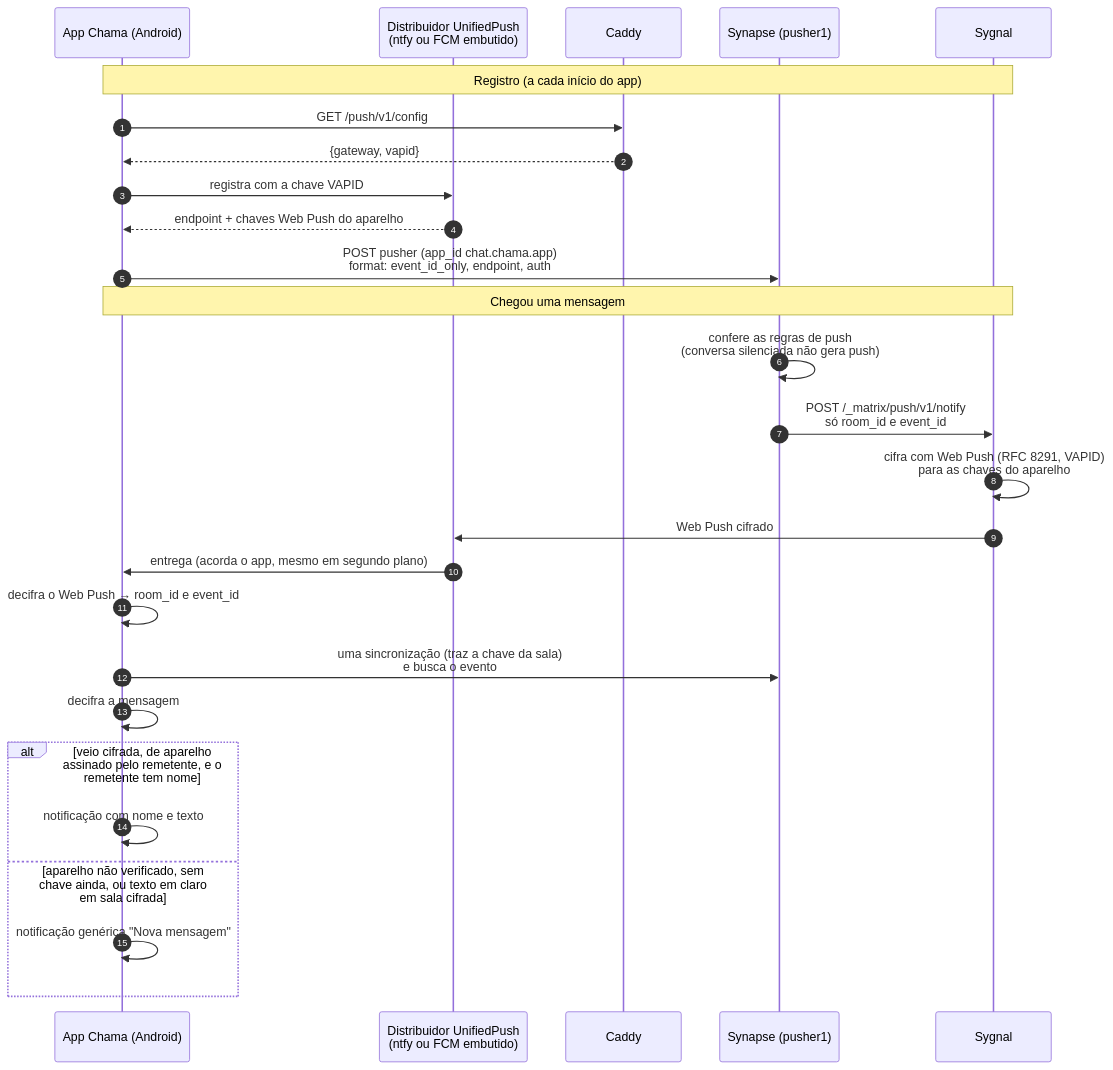
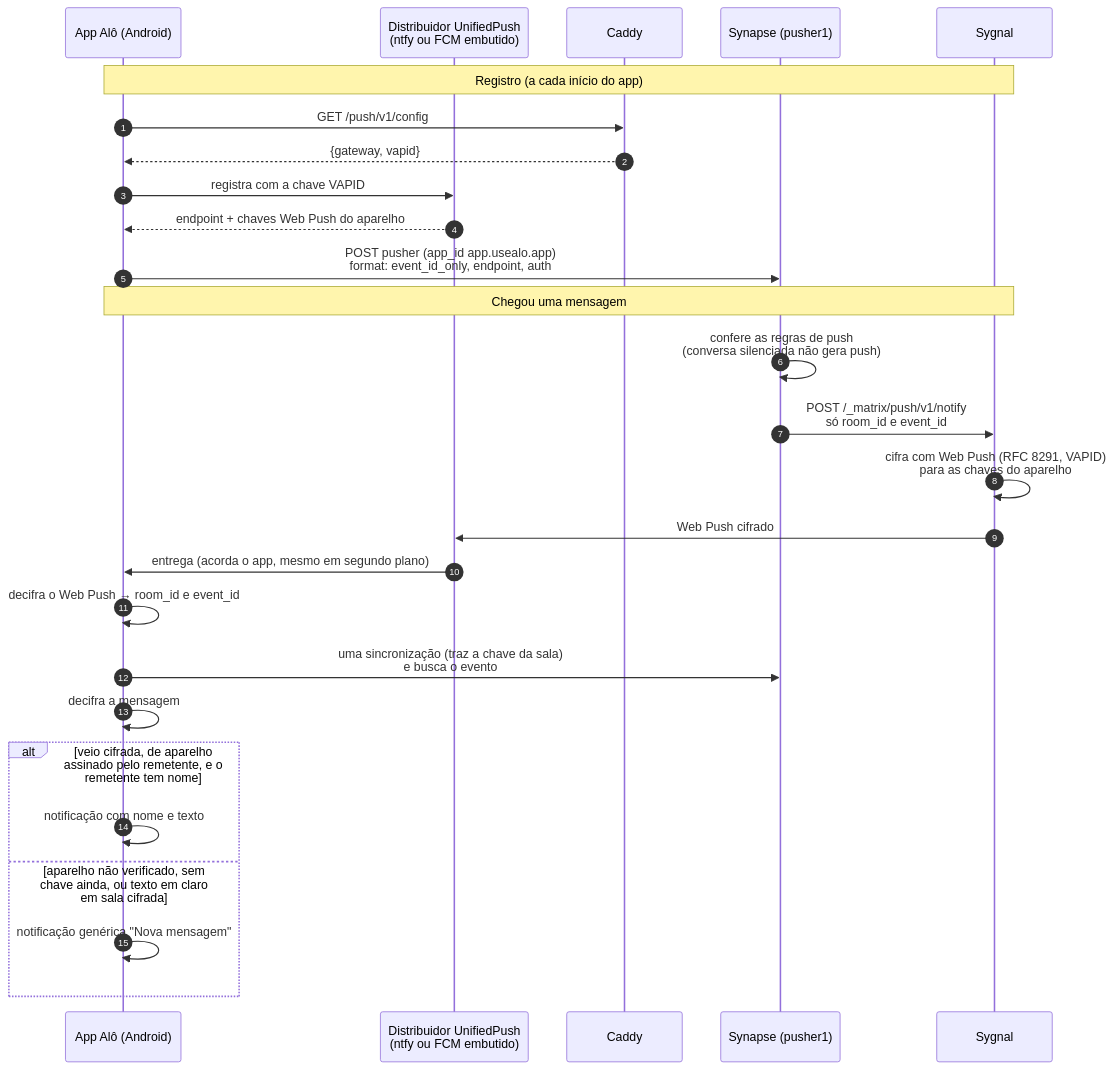
Before and after one commit to kaiomp/alo: the sixth of 8 diagrams in docs/design/2026-10-24-architecture.md, drawn with Mermaid. The commit also changed other lines of this file and 153 other files, not shown here.

````diff
--- a/docs/design/2026-10-24-architecture.md
+++ b/docs/design/2026-10-24-architecture.md
@@ -540,31 +540,31 @@
 ```mermaid
 sequenceDiagram
     autonumber
-    participant App as App Chama (Android)
+    participant App as App Alô (Android)
     participant D as Distribuidor UnifiedPush<br/>(ntfy ou FCM embutido)
     participant Caddy as Caddy
     participant S as Synapse (pusher1)
     participant G as Sygnal
 
     Note over App,G: Registro (a cada início do app)
     App->>Caddy: GET /push/v1/config
     Caddy-->>App: {gateway, vapid}
     App->>D: registra com a chave VAPID
     D-->>App: endpoint + chaves Web Push do aparelho
-    App->>S: POST pusher (app_id chat.chama.app)<br/>format: event_id_only, endpoint, auth
+    App->>S: POST pusher (app_id app.usealo.app)<br/>format: event_id_only, endpoint, auth
 
     Note over App,G: Chegou uma mensagem
     S->>S: confere as regras de push<br/>(conversa silenciada não gera push)
     S->>G: POST /_matrix/push/v1/notify<br/>só room_id e event_id
     G->>G: cifra com Web Push (RFC 8291, VAPID)<br/>para as chaves do aparelho
     G->>D: Web Push cifrado
     D->>App: entrega (acorda o app, mesmo em segundo plano)
     App->>App: decifra o Web Push → room_id e event_id
     App->>S: uma sincronização (traz a chave da sala)<br/>e busca o evento
     App->>App: decifra a mensagem
     alt veio cifrada, de aparelho assinado pelo remetente, e o remetente tem nome
         App->>App: notificação com nome e texto
     else aparelho não verificado, sem chave ainda, ou texto em claro em sala cifrada
         App->>App: notificação genérica "Nova mensagem"
     end
 ```
````
